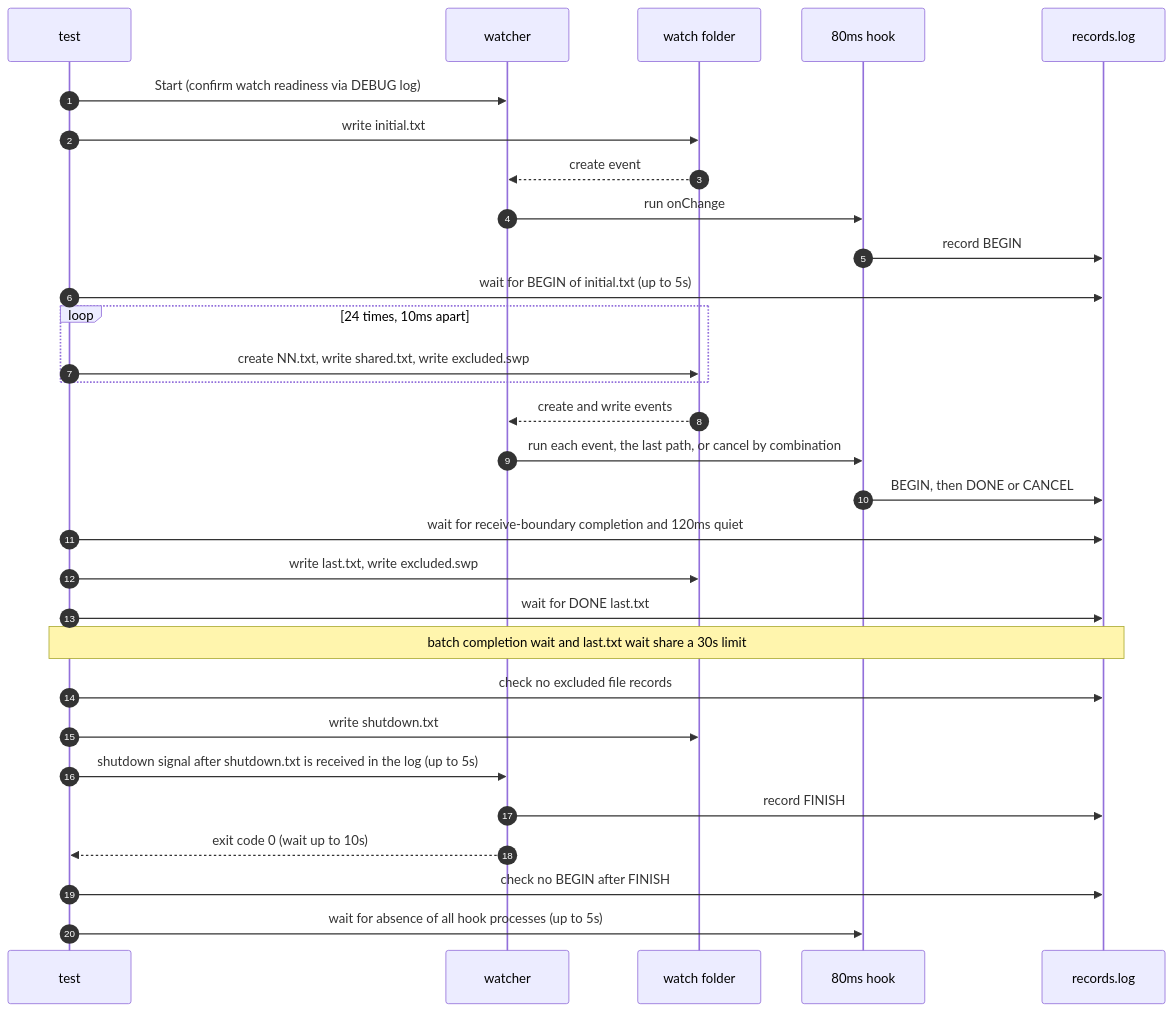
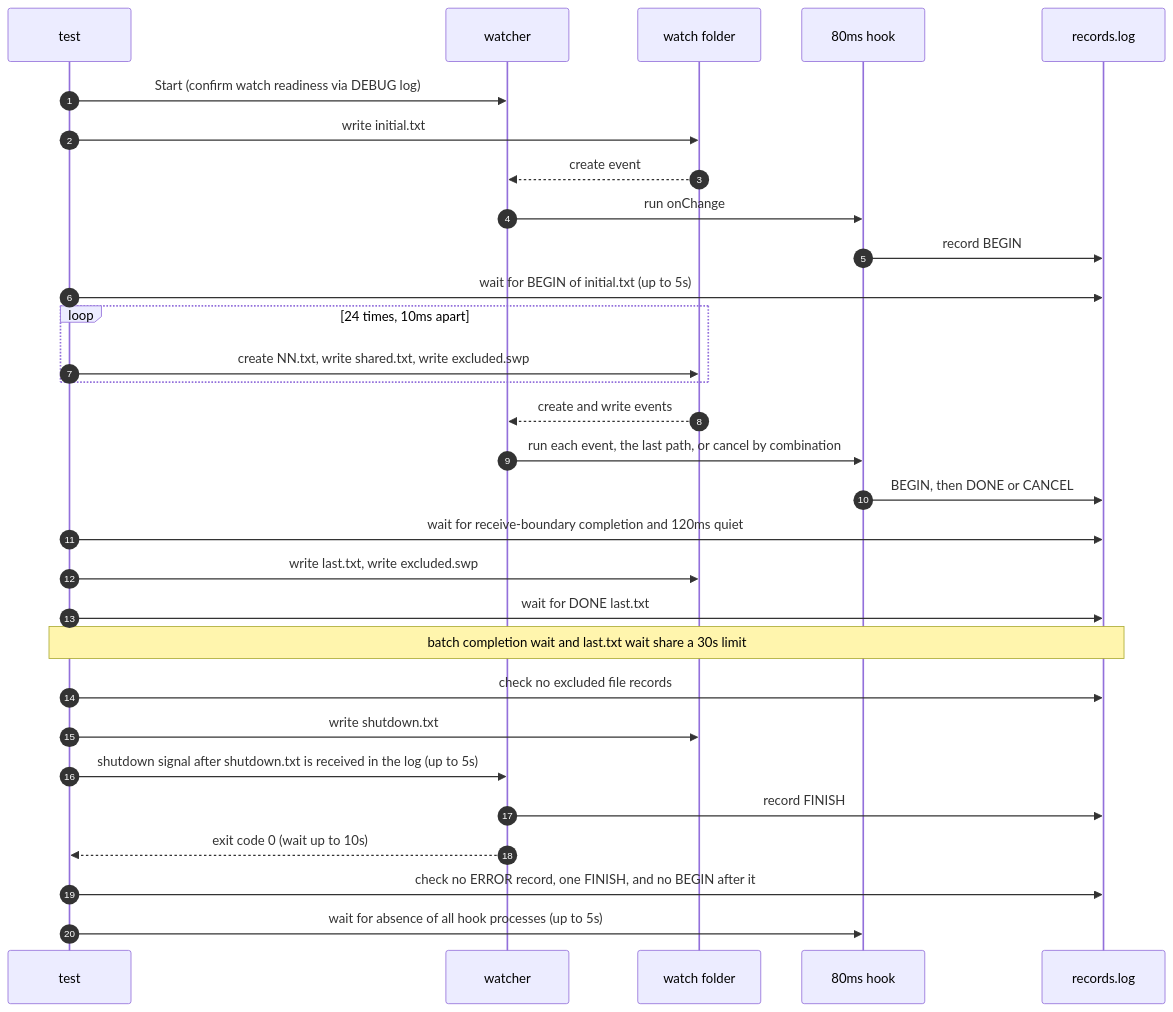
The diagram in e2e/docs/scenarios/fast-inflow-slow-hook.md (seungyeop-lee/directory-watcher), drawn with Mermaid before and after one commit. The commit also changed other lines of this file and 18 other files, not shown here.

````diff
--- a/e2e/docs/scenarios/fast-inflow-slow-hook.md
+++ b/e2e/docs/scenarios/fast-inflow-slow-hook.md
@@ -34,32 +37,32 @@
 ```mermaid
 sequenceDiagram
     autonumber
     participant testCode as test
     participant watcherProc as watcher
     participant watchDir as watch folder
     participant slowHook as 80ms hook
     participant recordFile as records.log
     testCode->>watcherProc: Start (confirm watch readiness via DEBUG log)
     testCode->>watchDir: write initial.txt
     watchDir-->>watcherProc: create event
     watcherProc->>slowHook: run onChange
     slowHook->>recordFile: record BEGIN
     testCode->>recordFile: wait for BEGIN of initial.txt (up to 5s)
     loop 24 times, 10ms apart
         testCode->>watchDir: create NN.txt, write shared.txt, write excluded.swp
     end
     watchDir-->>watcherProc: create and write events
     watcherProc->>slowHook: run each event, the last path, or cancel by combination
     slowHook->>recordFile: BEGIN, then DONE or CANCEL
     testCode->>recordFile: wait for receive-boundary completion and 120ms quiet
     testCode->>watchDir: write last.txt, write excluded.swp
     testCode->>recordFile: wait for DONE last.txt
     Note over testCode,recordFile: batch completion wait and last.txt wait share a 30s limit
     testCode->>recordFile: check no excluded file records
     testCode->>watchDir: write shutdown.txt
     testCode->>watcherProc: shutdown signal after shutdown.txt is received in the log (up to 5s)
     watcherProc->>recordFile: record FINISH
     watcherProc-->>testCode: exit code 0 (wait up to 10s)
-    testCode->>recordFile: check no BEGIN after FINISH
+    testCode->>recordFile: check no ERROR record, one FINISH, and no BEGIN after it
     testCode->>slowHook: wait for absence of all hook processes (up to 5s)
 ```
````
